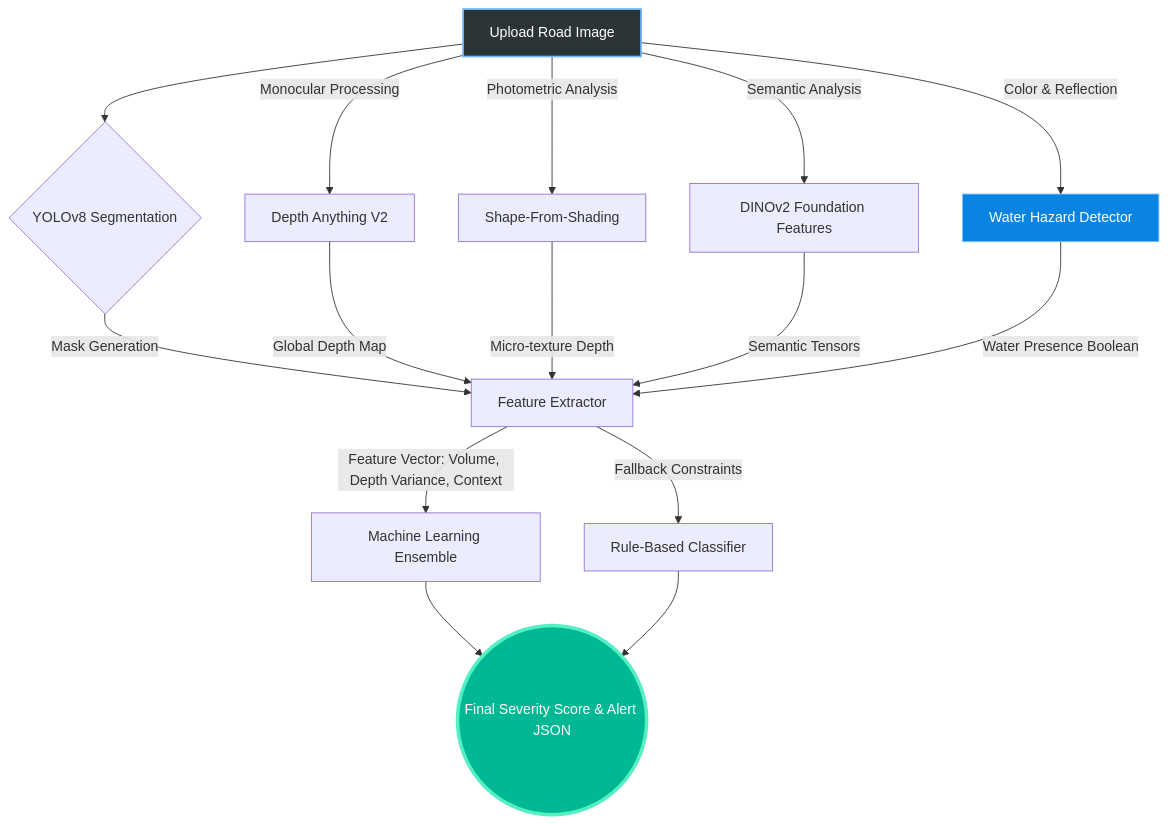
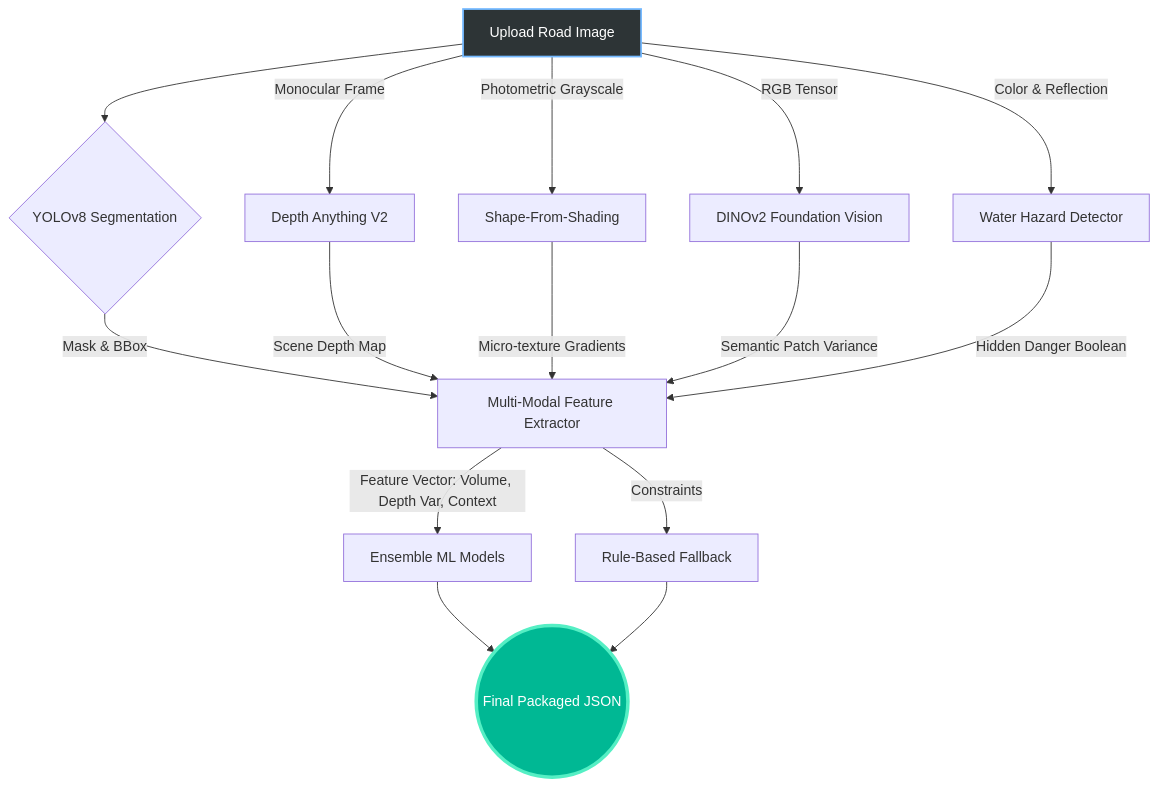
The diagram in README.md (shashankparchure/RoadLens), drawn with Mermaid before and after one commit. The commit also changed other lines of this file, not shown here.

````diff
--- a/README.md
+++ b/README.md
@@ -35,31 +47,30 @@
 ```mermaid
 graph TD
     A[Upload Road Image] --> B{YOLOv8 Segmentation}
     
     %% Parallel Feature Extraction Paths
-    B -->|Mask Generation| C[Feature Extractor]
-    A -->|Monocular Processing| D[Depth Anything V2]
-    A -->|Photometric Analysis| E[Shape-From-Shading]
-    A -->|Semantic Analysis| F[DINOv2 Foundation Features]
+    B -->|Mask & BBox| C[Multi-Modal Feature Extractor]
+    A -->|Monocular Frame| D[Depth Anything V2]
+    A -->|Photometric Grayscale| E[Shape-From-Shading]
+    A -->|RGB Tensor| F[DINOv2 Foundation Vision]
     
     %% Merging Features
-    D -->|Global Depth Map| C
-    E -->|Micro-texture Depth| C
-    F -->|Semantic Tensors| C
+    D -->|Scene Depth Map| C
+    E -->|Micro-texture Gradients| C
+    F -->|Semantic Patch Variance| C
     
     %% Water Detection Branch
     A -->|Color & Reflection| W[Water Hazard Detector]
-    W -->|Water Presence Boolean| C
+    W -->|Hidden Danger Boolean| C
     
-    %% Classification
-    C -->|Feature Vector: Volume, Depth Variance, Context| G[Machine Learning Ensemble]
-    C -->|Fallback Constraints| H[Rule-Based Classifier]
+    %% Machine Learning
+    C -->|Feature Vector: Volume, Depth Var, Context| G[Ensemble ML Models]
+    C -->|Constraints| H[Rule-Based Fallback]
     
     %% Output
-    G --> I((Final Severity Score & Alert JSON))
+    G --> I((Final Packaged JSON))
     H --> I
     
     style A fill:#2d3436,stroke:#74b9ff,stroke-width:2px,color:#fff
     style I fill:#00b894,stroke:#55efc4,stroke-width:4px,color:#fff
-    style W fill:#0984e3,stroke:#74b9ff,color:#fff
 ```
````
